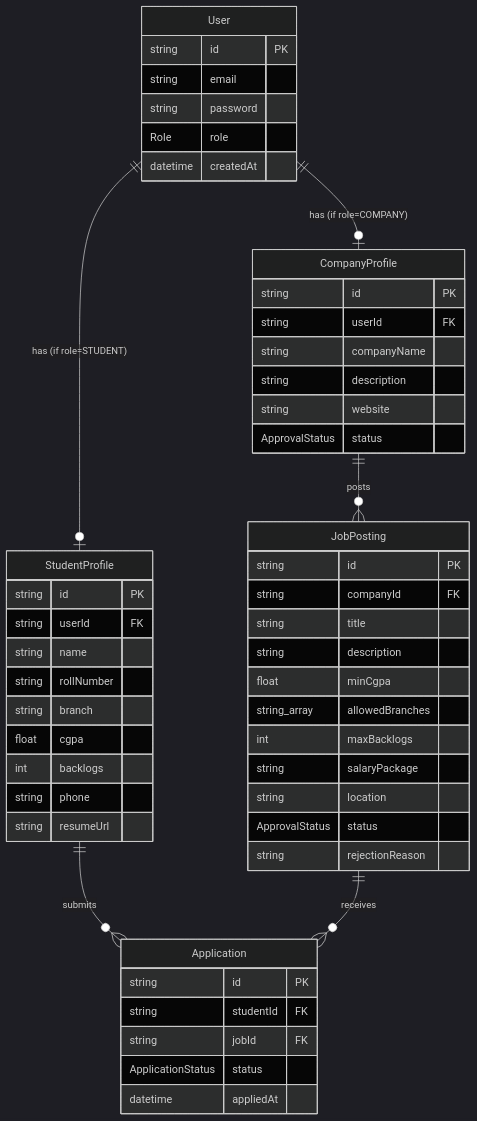
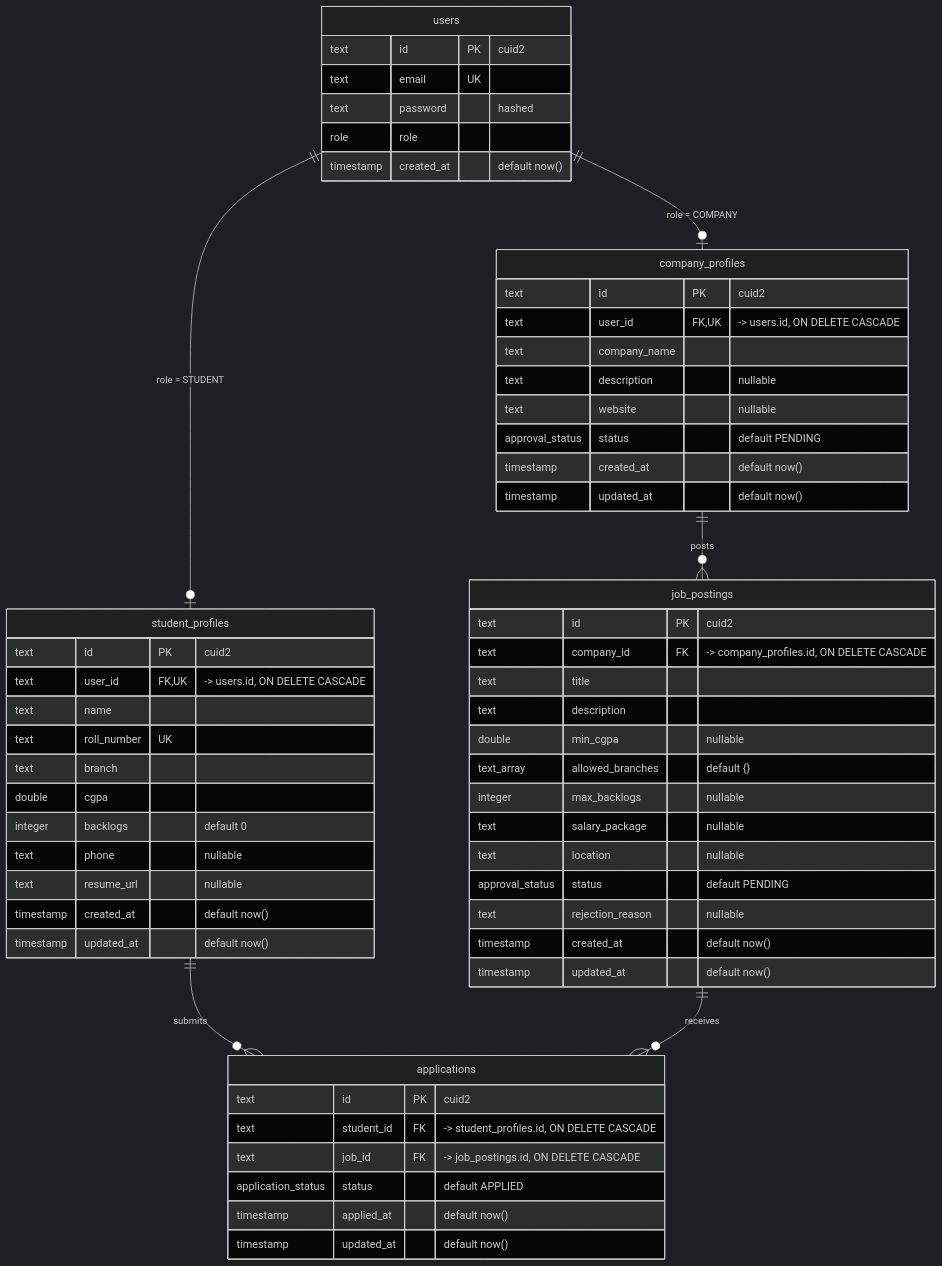
The diagram in docs/ERD.md (Kalyan-github-4/Student-Placement-Management-System), drawn with Mermaid (dark theme) before and after one commit. The commit also changed other lines of this file and 1 other file, not shown here.

Commit message:
docs: update ERD and add Chen-notation diagram

````diff
--- a/docs/ERD.md
+++ b/docs/ERD.md
@@ -5,59 +13,66 @@
 ```mermaid
 erDiagram
-    User {
-        string id PK
-        string email
-        string password
-        Role role
-        datetime createdAt
+    users ||--o| student_profiles : "role = STUDENT"
+    users ||--o| company_profiles : "role = COMPANY"
+    company_profiles ||--o{ job_postings : "posts"
+    student_profiles ||--o{ applications : "submits"
+    job_postings ||--o{ applications : "receives"
+
+    users {
+        text id PK "cuid2"
+        text email UK
+        text password "hashed"
+        role role
+        timestamp created_at "default now()"
     }
 
-    StudentProfile {
-        string id PK
-        string userId FK
-        string name
-        string rollNumber
-        string branch
-        float cgpa
-        int backlogs
-        string phone
-        string resumeUrl
+    student_profiles {
+        text id PK "cuid2"
+        text user_id FK,UK "-> users.id, ON DELETE CASCADE"
+        text name
+        text roll_number UK
+        text branch
+        double cgpa
+        integer backlogs "default 0"
+        text phone "nullable"
+        text resume_url "nullable"
+        timestamp created_at "default now()"
+        timestamp updated_at "default now()"
     }
 
-    CompanyProfile {
-        string id PK
-        string userId FK
-        string companyName
-        string description
-        string website
-        ApprovalStatus status
+    company_profiles {
+        text id PK "cuid2"
+        text user_id FK,UK "-> users.id, ON DELETE CASCADE"
+        text company_name
+        text description "nullable"
+        text website "nullable"
+        approval_status status "default PENDING"
+        timestamp created_at "default now()"
+        timestamp updated_at "default now()"
     }
 
-    JobPosting {
-        string id PK
-        string companyId FK
-        string title
-        string description
-        float minCgpa
-        string_array allowedBranches
-        int maxBacklogs
-        string salaryPackage
-        string location
-        ApprovalStatus status
-        string rejectionReason
+    job_postings {
+        text id PK "cuid2"
+        text company_id FK "-> company_profiles.id, ON DELETE CASCADE"
+        text title
+        text description
+        double min_cgpa "nullable"
+        text_array allowed_branches "default {}"
+        integer max_backlogs "nullable"
+        text salary_package "nullable"
+        text location "nullable"
+        approval_status status "default PENDING"
+        text rejection_reason "nullable"
+        timestamp created_at "default now()"
+        timestamp updated_at "default now()"
     }
 
-    Application {
-        string id PK
-        string studentId FK
-        string jobId FK
-        ApplicationStatus status
-        datetime appliedAt
+    applications {
+        text id PK "cuid2"
+        text student_id FK "-> student_profiles.id, ON DELETE CASCADE"
+        text job_id FK "-> job_postings.id, ON DELETE CASCADE"
+        application_status status "default APPLIED"
+        timestamp applied_at "default now()"
+        timestamp updated_at "default now()"
     }
-
-    User ||--o| StudentProfile : "has (if role=STUDENT)"
-    User ||--o| CompanyProfile : "has (if role=COMPANY)"
-    CompanyProfile ||--o{ JobPosting : "posts"
-    StudentProfile ||--o{ Application : "submits"
-    JobPosting ||--o{ Application : "receives"
 ```
````
